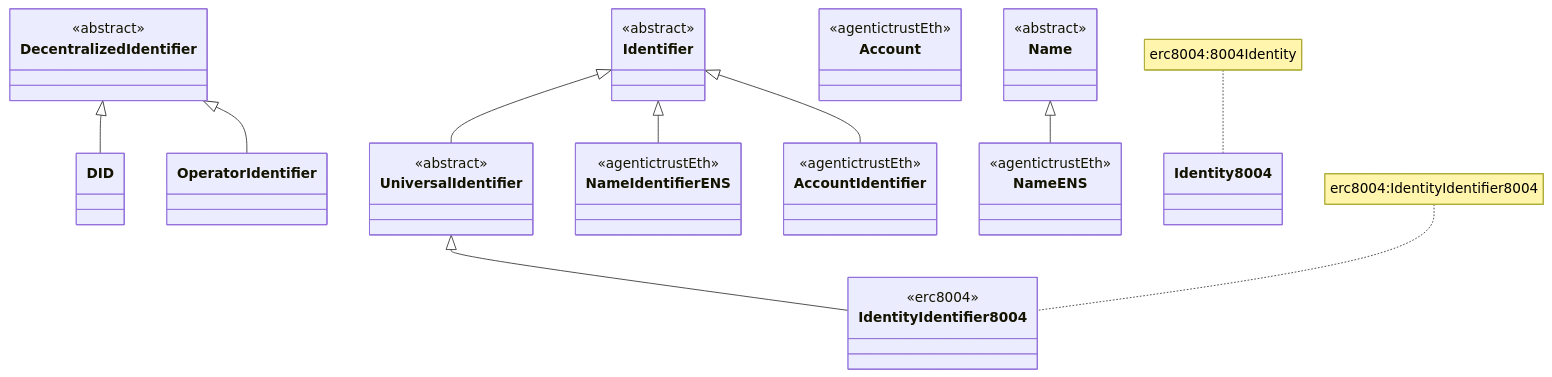
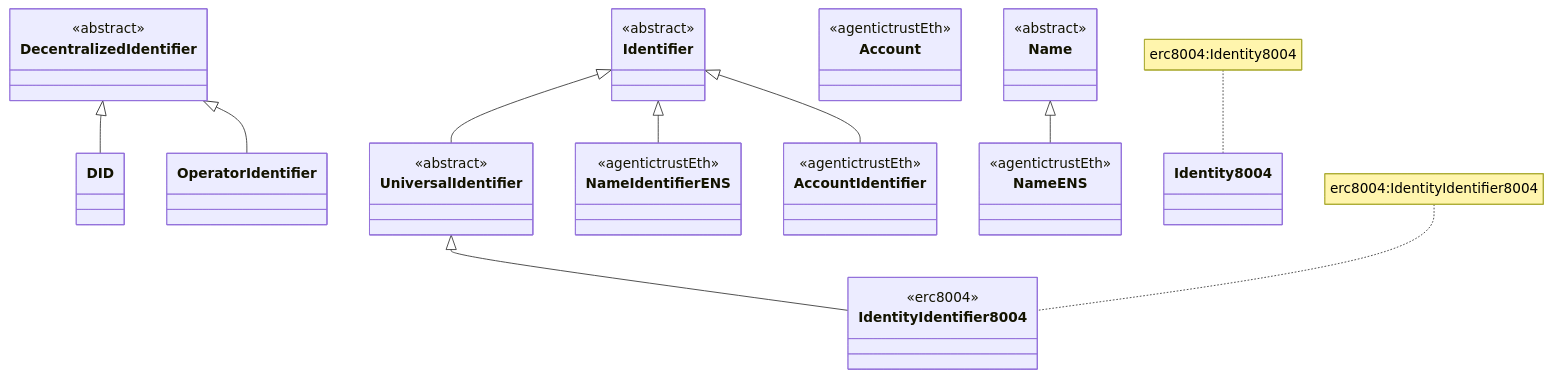
The first of 6 diagrams in docs/ontology/identifiers.md (Agentic-Trust-Layer/agent-explorer), drawn with Mermaid before and after one commit. The commit also changed other lines of this file and 21 other files, not shown here.

````diff
--- a/docs/ontology/identifiers.md
+++ b/docs/ontology/identifiers.md
@@ -43,47 +43,47 @@
 ```mermaid
 classDiagram
     class Identifier {
         <<abstract>>
     }
     class UniversalIdentifier {
         <<abstract>>
     }
     class DecentralizedIdentifier {
         <<abstract>>
     }
     class DID {
     }
     class OperatorIdentifier {
     }
     class IdentityIdentifier8004 {
         <<erc8004>>
     }
     class NameIdentifierENS {
         <<agentictrustEth>>
     }
     class AccountIdentifier {
         <<agentictrustEth>>
     }
     class Account {
         <<agentictrustEth>>
     }
     class Name {
         <<abstract>>
     }
     class NameENS {
         <<agentictrustEth>>
     }
     class Identity8004 {
     }
     
     Identifier <|-- UniversalIdentifier
     Identifier <|-- NameIdentifierENS
     Identifier <|-- AccountIdentifier
     UniversalIdentifier <|-- IdentityIdentifier8004
     DecentralizedIdentifier <|-- DID
     DecentralizedIdentifier <|-- OperatorIdentifier
     Name <|-- NameENS
     
     note for IdentityIdentifier8004 "erc8004:IdentityIdentifier8004"
-    note for Identity8004 "erc8004:8004Identity"
+    note for Identity8004 "erc8004:Identity8004"
 ```
````
